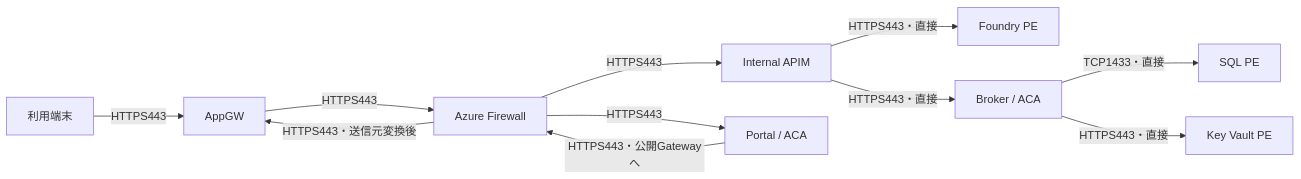
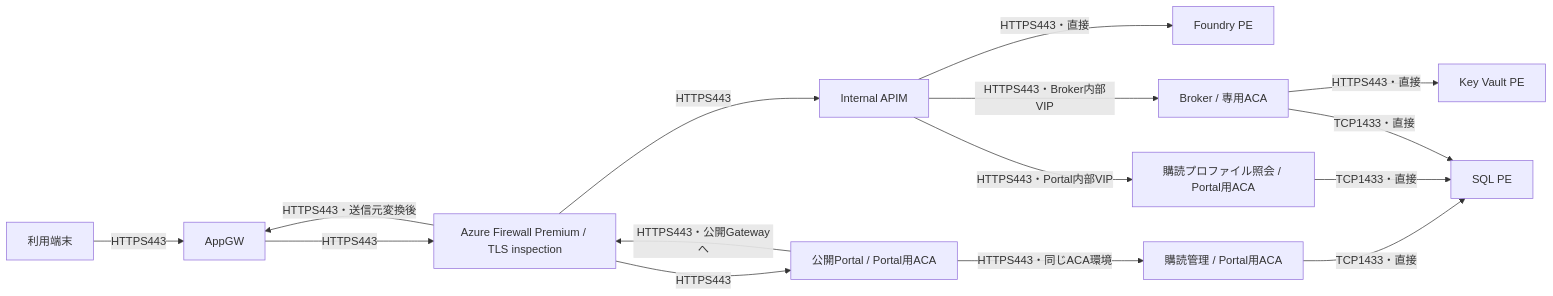
The diagram in docs/reference/network-communication-requirements.md (hrkd83/egakumi), drawn with Mermaid before and after one commit. The commit also changed other lines of this file and 401 other files, not shown here.

````diff
--- a/docs/reference/network-communication-requirements.md
+++ b/docs/reference/network-communication-requirements.md
@@ -32,13 +33,17 @@
 ```mermaid
 flowchart LR
     Client[利用端末] -->|HTTPS443| GW[AppGW]
-    GW -->|HTTPS443| FW[Azure Firewall]
+    GW -->|HTTPS443| FW[Azure Firewall Premium / TLS inspection]
     FW -->|HTTPS443| APIM[Internal APIM]
-    FW -->|HTTPS443| Portal[Portal / ACA]
+    FW -->|HTTPS443| Portal[公開Portal / Portal用ACA]
     APIM -->|HTTPS443・直接| Foundry[Foundry PE]
-    APIM -->|HTTPS443・直接| Broker[Broker / ACA]
-    Broker -->|TCP1433・直接| SQL[SQL PE]
+    APIM -->|HTTPS443・Broker内部VIP| Broker[Broker / 専用ACA]
+    APIM -->|HTTPS443・Portal内部VIP| Profile[購読プロファイル照会 / Portal用ACA]
+    Portal -->|HTTPS443・同じACA環境| Admin[購読管理 / Portal用ACA]
+    Admin -->|TCP1433・直接| SQL[SQL PE]
+    Profile -->|TCP1433・直接| SQL
+    Broker -->|TCP1433・直接| SQL
     Broker -->|HTTPS443・直接| KV[Key Vault PE]
     Portal -->|HTTPS443・公開Gatewayへ| FW
     FW -->|HTTPS443・送信元変換後| GW
 ```
````
